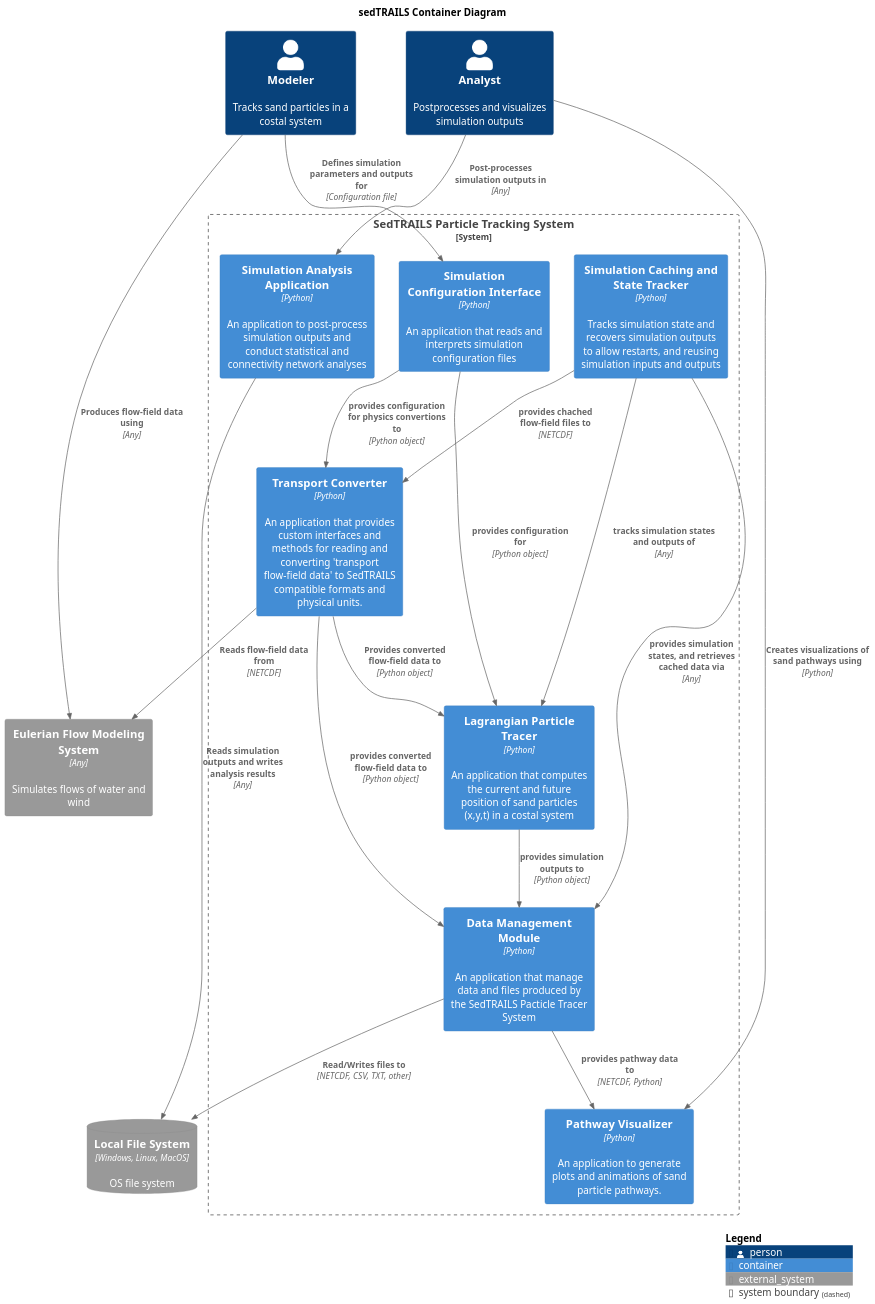
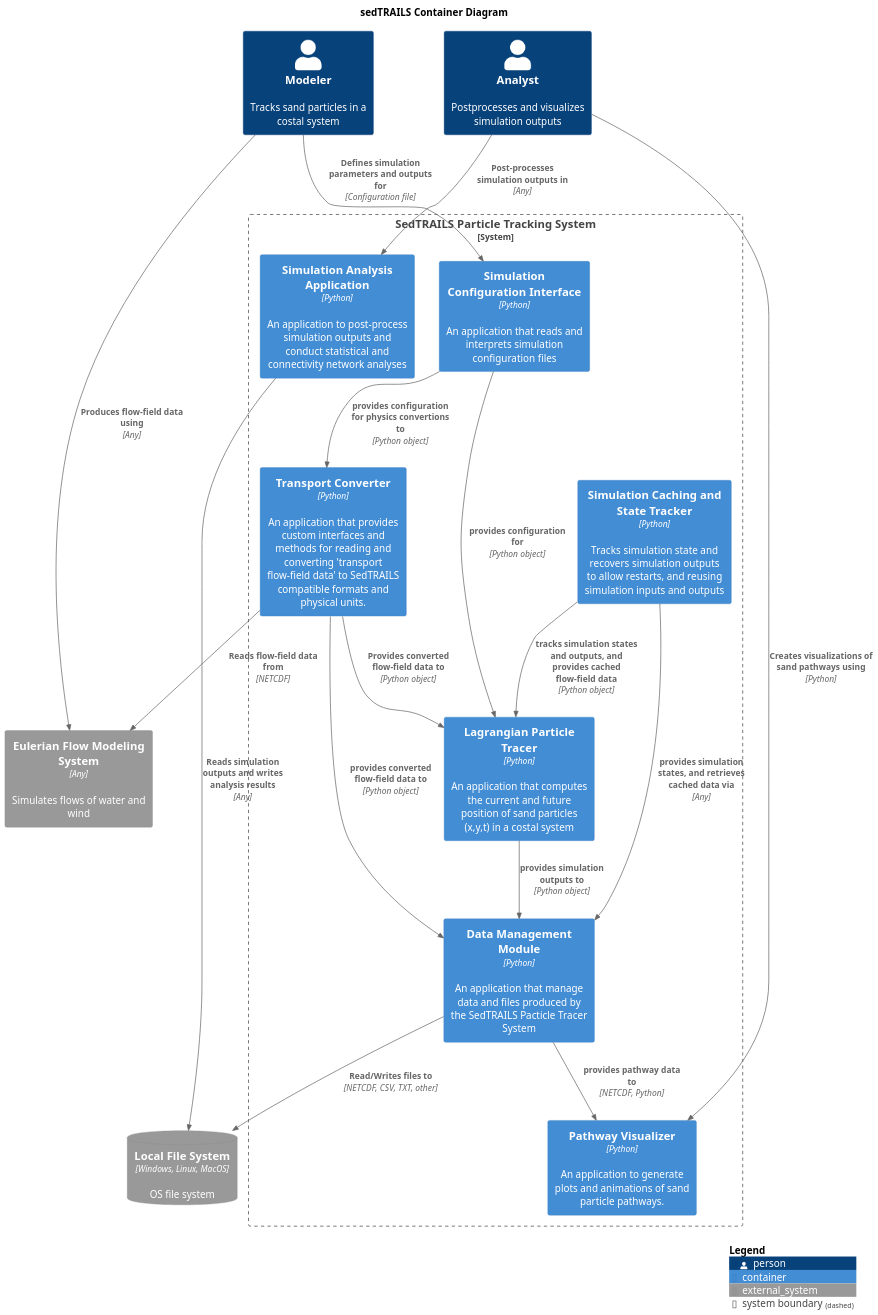
The diagram in diagrams/containers.puml (sgpearson17/sedtrails-sgp), drawn with PlantUML before and after one commit.

Commit message:
Refactor container diagram: rename configInterpreter to configInterface and improve relationship descriptions for clarity

```diff
--- a/diagrams/containers.puml
+++ b/diagrams/containers.puml
@@ -1,61 +1,61 @@
 @startuml SedtrailContainer
 !include ./c4/C4_Container.puml
 
 title sedTRAILS Container Diagram
 scale 1.5
 ' LAYOUT_LANDSCAPE()
 
 
 Person(modeler, "Modeler", "Tracks sand particles in a costal system")
 Person(analyst, "Analyst", "Postprocesses and visualizes simulation outputs")
 
 System_Boundary(sedtrailsSystem, "SedTRAILS Particle Tracking System"){ 
     Container(sedtrailsTracer, "Lagrangian Particle Tracer", "Python", "An application that computes the current and future position of sand particles (x,y,t) in a costal system")
 
-    Container(configInterpreter, "Simulation Configuration Interface", "Python", "An application that reads and interprets simulation configuration files")
+    Container(configInterface, "Simulation Configuration Interface", "Python", "An application that reads and interprets simulation configuration files")
 
     Container(transportConverter, "Transport Converter", "Python", "An application that provides custom interfaces and methods for reading and converting 'transport flow-field data' to SedTRAILS compatible formats and physical units.")
     Container(pathwayVisualizer, "Pathway Visualizer", "Python", "An application to generate plots and animations of sand particle pathways.")
     Container(cache, "Simulation Caching and State Tracker", "Python", "Tracks simulation state and recovers simulation outputs to allow restarts, and reusing simulation inputs and outputs")
     Container(dataManager, "Data Management Module", "Python", "An application that manage data and files produced by the SedTRAILS Pacticle Tracer System")
 
     ' Container(connectivityNetworkSys, "Connectivity Network Application", "Python", "Tools for connectivity network analysis")
 
     ' Container(statisticsSys, "Statistical Analysis Application", "Python", "Tools for various statistical analysis")
 
     Container(analystApp, "Simulation Analysis Application", "Python", "An application to post-process simulation outputs and conduct statistical and connectivity network analyses")
  
     Rel(transportConverter, sedtrailsTracer, "Provides converted flow-field data to", "Python object")
 
-    Rel(cache, sedtrailsTracer, "tracks simulation states and outputs of", "Any")
-    Rel(configInterpreter, transportConverter, "provides configuration for physics convertions to", "Python object")
-    Rel(configInterpreter, sedtrailsTracer, "provides configuration for", "Python object")
+    Rel(cache, sedtrailsTracer, "tracks simulation states and outputs, and provides cached flow-field data", "Python object")
+    Rel(configInterface, transportConverter, "provides configuration for physics convertions to", "Python object")
+    Rel(configInterface, sedtrailsTracer, "provides configuration for", "Python object")
     Rel(sedtrailsTracer, dataManager, "provides simulation outputs to", "Python object")
 
     Rel(transportConverter, dataManager, "provides converted flow-field data to", "Python object") 
     Rel(cache, dataManager, "provides simulation states, and retrieves cached data via", "Any") 
-    Rel(cache, transportConverter, "provides chached flow-field files to", "NETCDF")
+    ' Rel(cache, transportConverter, "provides chached flow-field files to", "NETCDF")
     Rel(dataManager, pathwayVisualizer, "provides pathway data to", "NETCDF, Python")
 }
 System_Ext(flowSystem, "Eulerian Flow Modeling System", "Simulates flows of water and wind", $type="Any")
 
 SystemDb_Ext(fileSystem, "Local File System", "OS file system", $type="Windows, Linux, MacOS")
 
 Rel(dataManager, fileSystem, "Read/Writes files to", "NETCDF, CSV, TXT, other")
 
-Rel(modeler, configInterpreter, "Defines simulation parameters and outputs for", "Configuration file")
+Rel(modeler, configInterface, "Defines simulation parameters and outputs for", "Configuration file")
 
 ' Rel(dataManager, connectivityNetworkSys,  "Accesses simulation outputs using", "NETCDF")
 ' Rel(dataManager, statisticsSys,  "provides simulation outputs to", "NETCDF")
 
 Rel(analyst, pathwayVisualizer, "Creates visualizations of sand pathways using", "Python")
 Rel(analyst, analystApp, "Post-processes simulation outputs in", "Any")
 Rel(analystApp, fileSystem, "Reads simulation outputs and writes analysis results", "Any")
 
 ' Rel(analyst, statisticsSys, "Post-processes simulation outputs in", "Any")
 
 Rel(modeler, flowSystem, "Produces flow-field data using", "Any")
 Rel(transportConverter, flowSystem, "Reads flow-field data from", "NETCDF")
 
 SHOW_LEGEND()
 @enduml
```
